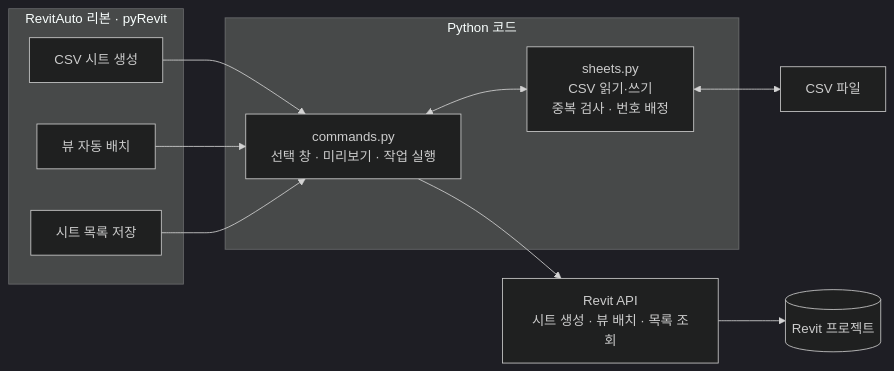
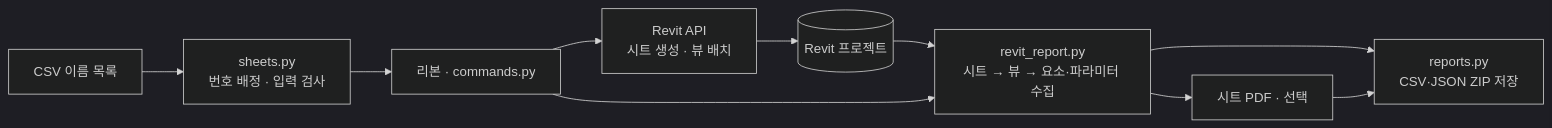
Before and after one commit to youns1998/RevitAuto: the diagram in README.md, drawn with Mermaid (dark theme). The commit also changed other lines of this file and 14 other files, not shown here.

````diff
--- a/README.md
+++ b/README.md
@@ -9,19 +9,12 @@
 ```mermaid
 flowchart LR
-    subgraph Ribbon["RevitAuto 리본 · pyRevit"]
-        A["CSV 시트 생성"]
-        B["뷰 자동 배치"]
-        C["시트 목록 저장"]
-    end
-    subgraph Python["Python 코드"]
-        D["commands.py<br/>선택 창 · 미리보기 · 작업 실행"]
-        E["sheets.py<br/>CSV 읽기·쓰기<br/>중복 검사 · 번호 배정"]
-    end
-    F["Revit API<br/>시트 생성 · 뷰 배치 · 목록 조회"]
-    G[("Revit 프로젝트")]
-    H["CSV 파일"]
-    A & B & C --> D
-    D <--> E
-    E <--> H
-    D --> F --> G
+    A["CSV 이름 목록"] --> B["sheets.py<br/>번호 배정 · 입력 검사"]
+    B --> C["리본 · commands.py"]
+    C --> D["Revit API<br/>시트 생성 · 뷰 배치"]
+    E[("Revit 프로젝트")] --> F["revit_report.py<br/>시트 → 뷰 → 요소·파라미터 수집"]
+    C --> F
+    F --> G["reports.py<br/>CSV·JSON ZIP 저장"]
+    F --> H["시트 PDF · 선택"]
+    H --> G
+    D --> E
 ```
````
